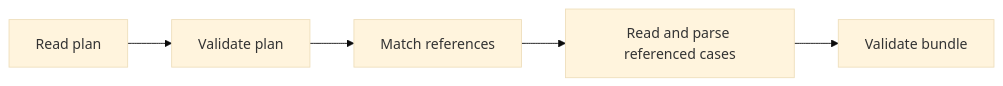
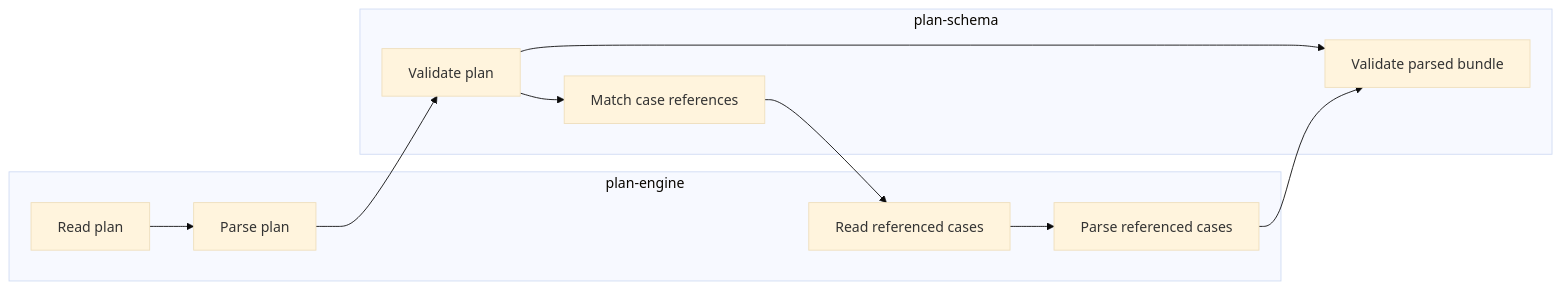
The diagram in Learning Plan/Packages/plan-engine/Lessons/01-loading.md (Scott-D-Hodgson/stagehand), drawn with Mermaid (base theme) before and after one commit. The commit also changed 50 other files, not shown here.

````diff
--- a/Learning Plan/Packages/plan-engine/Lessons/01-loading.md
+++ b/Learning Plan/Packages/plan-engine/Lessons/01-loading.md
@@ -7,7 +7,15 @@
 ```mermaid
 flowchart LR
-    P[Read plan] --> V[Validate plan]
-    V --> M[Match references]
-    M --> C[Read and parse referenced cases]
-    C --> B[Validate bundle]
+    subgraph E[plan-engine]
+        RP[Read plan] --> PP[Parse plan]
+        RC[Read referenced cases] --> PC[Parse referenced cases]
+    end
+    subgraph S[plan-schema]
+        VP[Validate plan] --> MR[Match case references]
+        VB[Validate parsed bundle]
+    end
+    PP --> VP
+    VP --> VB
+    MR --> RC
+    PC --> VB
 ```
````
